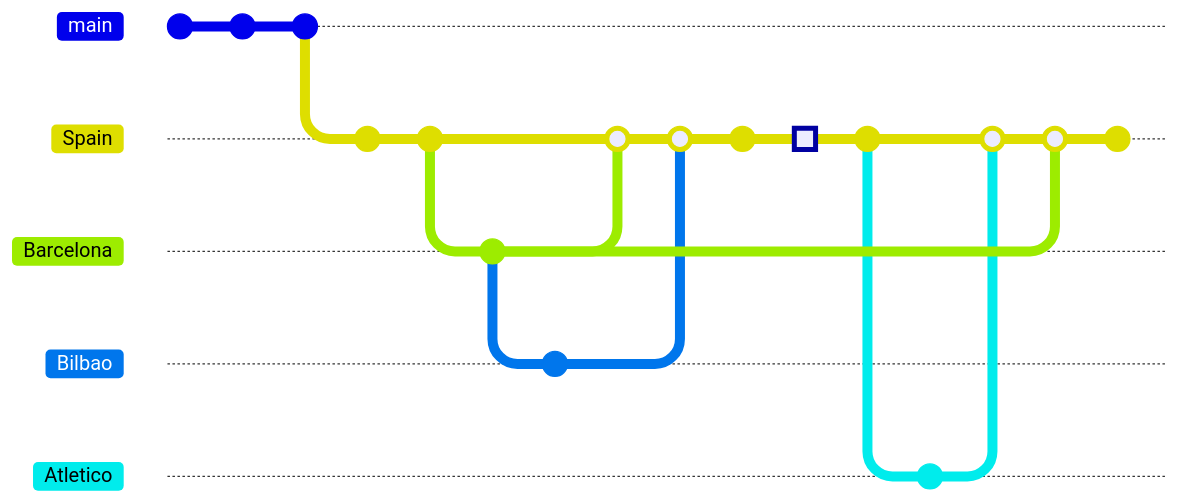
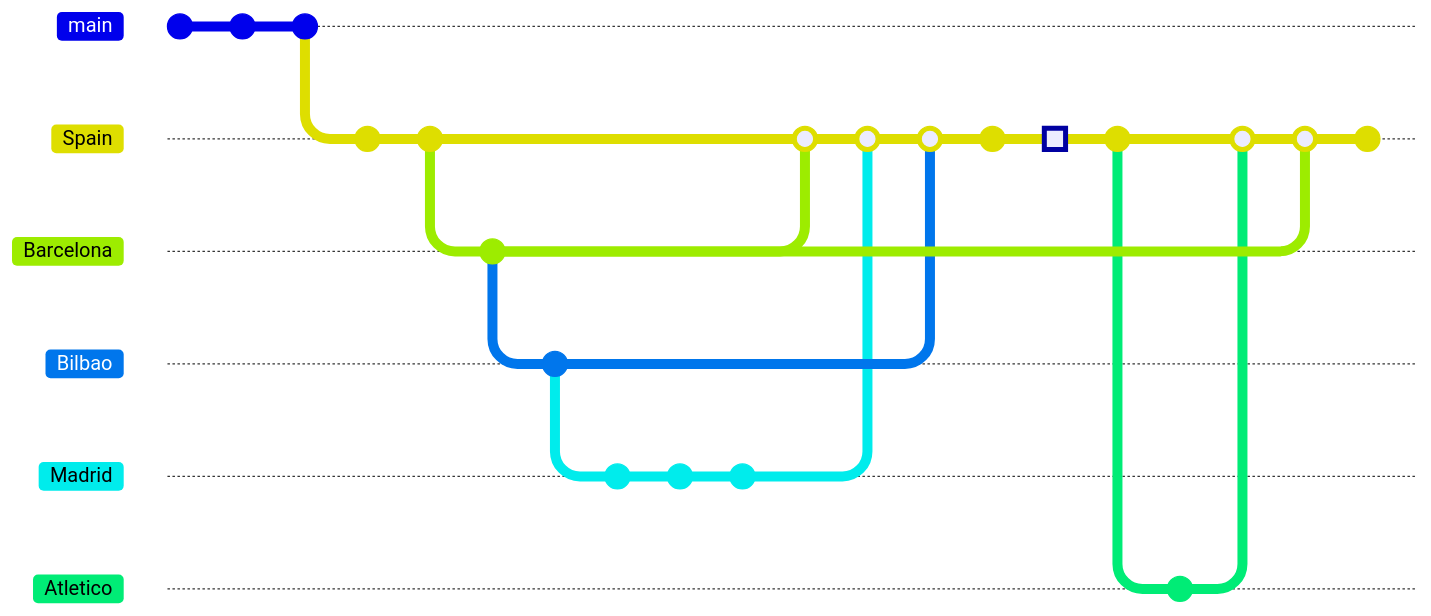
The diagram in README.md (sarnobat/atleticomadrid), drawn with Mermaid before and after one commit. Commit ids are hidden.

````diff
--- a/README.md
+++ b/README.md
@@ -6,27 +6,32 @@
 ```mermaid
 gitGraph:
     commit id: "1847 Eton rules football published"
     commit id: "1863 October FA rules created"
     commit id: "1863 FA Founded in London"
     branch Spain
     commit id: "1889 December 23 Recreativo Huelva founded"
     commit id: "1890 Sevilla founded"
     branch Barcelona
     commit id: "1898 Barcelona founded"
     branch Bilbao
     commit id: "1898 July 18 Bilbao founded"
+    branch Madrid
+    commit "club 1 founded"
+    commit "club 2 founded"
+    commit "1902 merged clubs"
     checkout Bilbao
     checkout Spain
     merge Barcelona
+    merge Madrid
     merge Bilbao
     commit id: "1902 Copa"
     commit id: "1903 Copa de la Coronacion" type: HIGHLIGHT
     commit id: "Attended by Bilbao students in Madrid"
     branch Atletico
     checkout Atletico
     commit id: "1908 Stripes vs Real"
     checkout Spain
     merge Atletico
     merge Barcelona
     commit id: "1921 Copa del Rey final"
 ```
````
